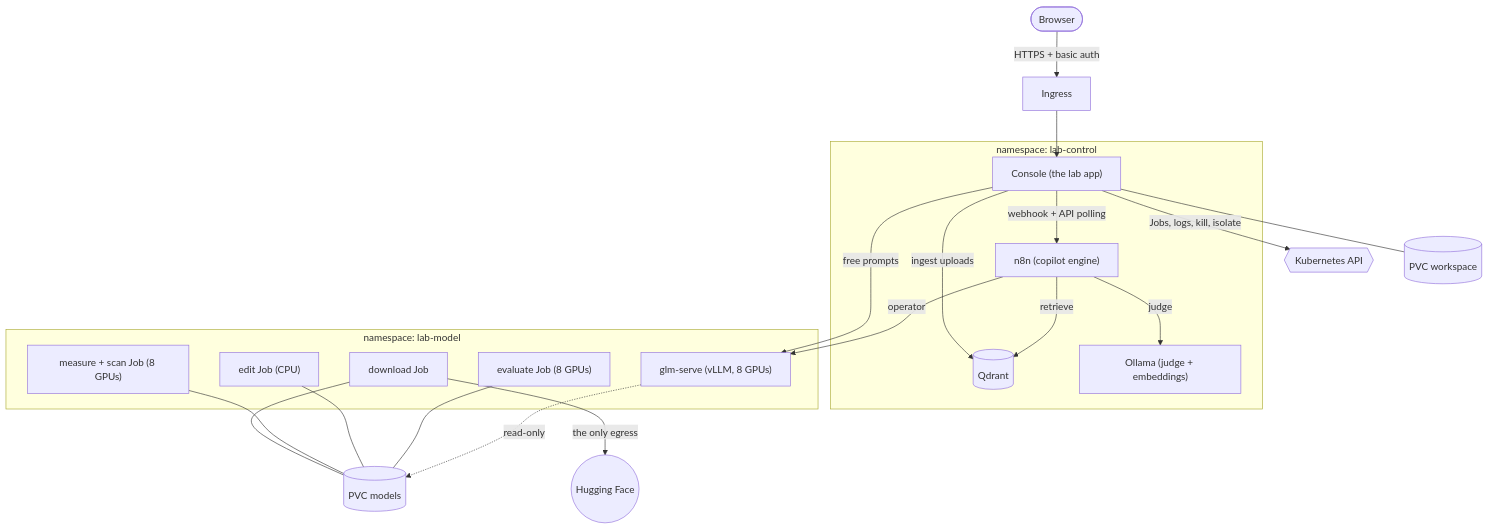
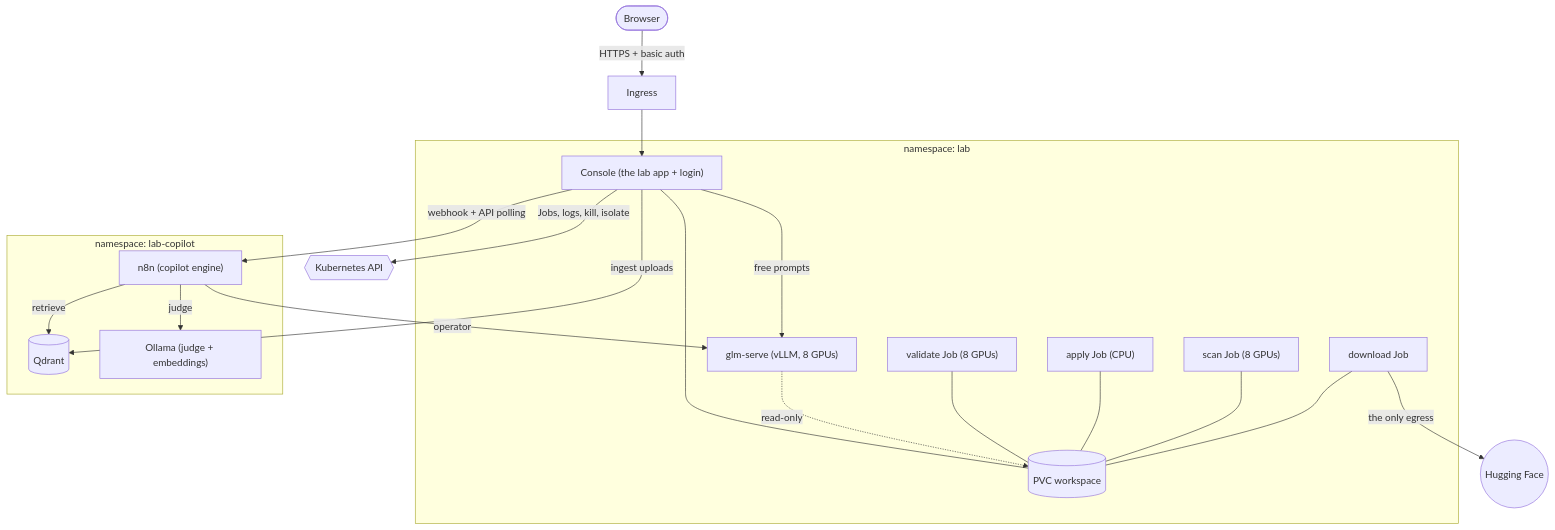
The first of 4 diagrams in docs/design/glm5-k8s-console.md (Thrizzo/abliteration-lab), drawn with Mermaid before and after one commit. The commit also changed other lines of this file and 1 other file, not shown here.

````diff
--- a/docs/design/glm5-k8s-console.md
+++ b/docs/design/glm5-k8s-console.md
@@ -61,33 +61,32 @@
 ```mermaid
 flowchart TB
   user([Browser]) -->|"HTTPS + basic auth"| ing[Ingress]
-  subgraph control ["namespace: lab-control"]
-    console["Console (the lab app)"]
+  subgraph lab ["namespace: lab"]
+    console["Console (the lab app + login)"]
+    vllm["glm-serve (vLLM, 8 GPUs)"]
+    dl["download Job"]
+    ms["scan Job (8 GPUs)"]
+    ed["apply Job (CPU)"]
+    ev["validate Job (8 GPUs)"]
+    ws[("PVC workspace")]
+  end
+  subgraph copilot ["namespace: lab-copilot"]
     n8n["n8n (copilot engine)"]
     qdrant[("Qdrant")]
     ollama["Ollama (judge + embeddings)"]
   end
-  subgraph model ["namespace: lab-model"]
-    vllm["glm-serve (vLLM, 8 GPUs)"]
-    dl["download Job"]
-    ms["measure + scan Job (8 GPUs)"]
-    ed["edit Job (CPU)"]
-    ev["evaluate Job (8 GPUs)"]
-  end
   k8s{{"Kubernetes API"}}
-  models[("PVC models")]
-  ws[("PVC workspace")]
   hf(("Hugging Face"))
   ing --> console
   console -->|"webhook + API polling"| n8n
   console -->|"free prompts"| vllm
   console -->|"Jobs, logs, kill, isolate"| k8s
   console -->|"ingest uploads"| qdrant
   n8n -->|operator| vllm
   n8n -->|judge| ollama
   n8n -->|retrieve| qdrant
-  dl & ms & ed & ev --- models
-  vllm -.->|"read-only"| models
+  dl & ms & ed & ev --- ws
+  vllm -.->|"read-only"| ws
   console --- ws
   dl -->|"the only egress"| hf
 ```
````
